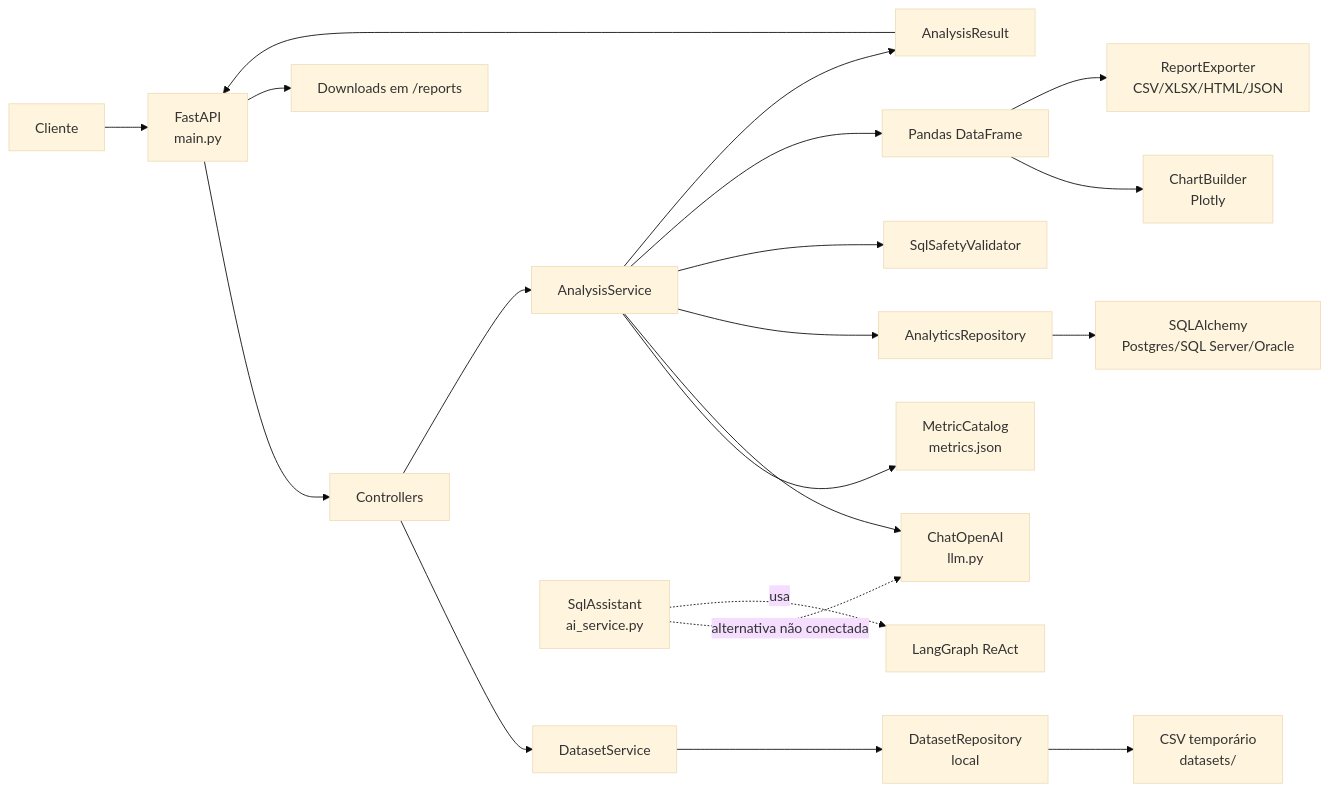
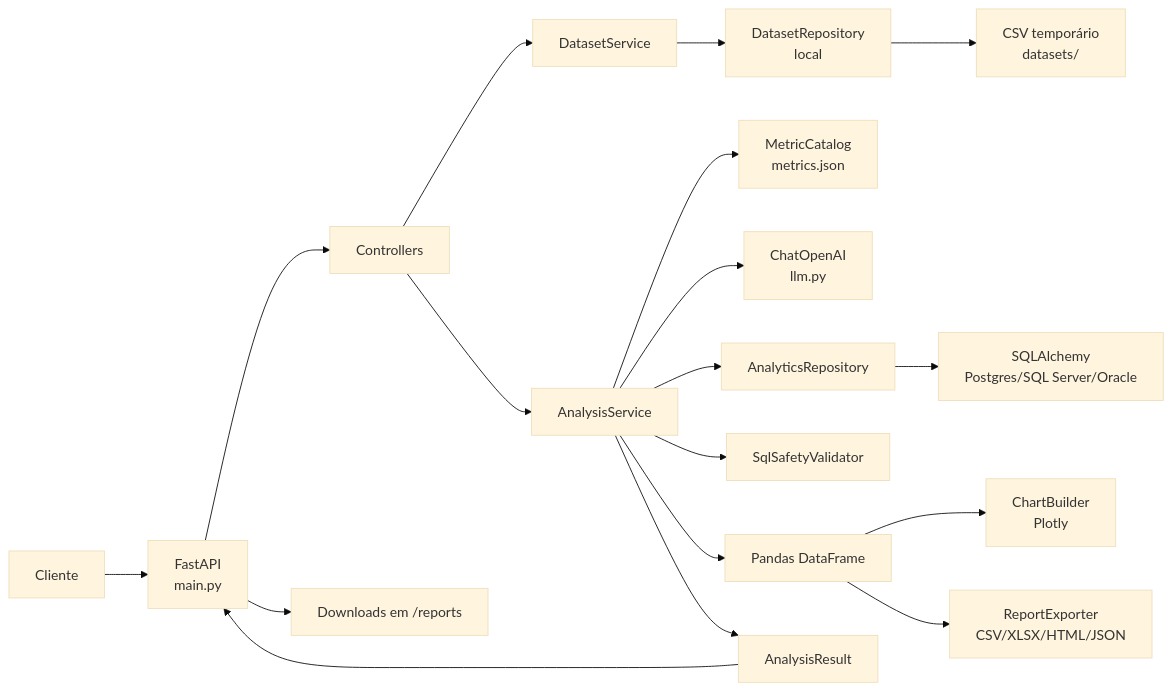
Before and after one commit to ProxDouglas/report-manager: the first of 2 diagrams in relatorios-service/Arquitetura.md, drawn with Mermaid (base theme). The commit also changed other lines of this file and 42 other files, not shown here.

````diff
--- a/relatorios-service/Arquitetura.md
+++ b/relatorios-service/Arquitetura.md
@@ -44,23 +47,20 @@
 ```mermaid
 flowchart LR
     C[Cliente] --> API[FastAPI<br/>main.py]
     API --> CTRL[Controllers]
     CTRL --> DS[DatasetService]
     DS --> DR[DatasetRepository<br/>local]
     DR --> CSV[CSV temporário<br/>datasets/]
     CTRL --> AS[AnalysisService]
     AS --> CAT[MetricCatalog<br/>metrics.json]
     AS --> LLM[ChatOpenAI<br/>llm.py]
     AS --> AR[AnalyticsRepository]
     AR --> DB[SQLAlchemy<br/>Postgres/SQL Server/Oracle]
     AS --> SAFE[SqlSafetyValidator]
     AS --> DATA[Pandas DataFrame]
     DATA --> CHART[ChartBuilder<br/>Plotly]
     DATA --> EXPORT[ReportExporter<br/>CSV/XLSX/HTML/JSON]
     AS --> RESULT[AnalysisResult]
     RESULT --> API
     API --> DOWNLOAD[Downloads em /reports]
-
-    ALT[SqlAssistant<br/>ai_service.py] -. alternativa não conectada .-> LLM
-    ALT -. usa .-> AGENT[LangGraph ReAct]
 ```
````
